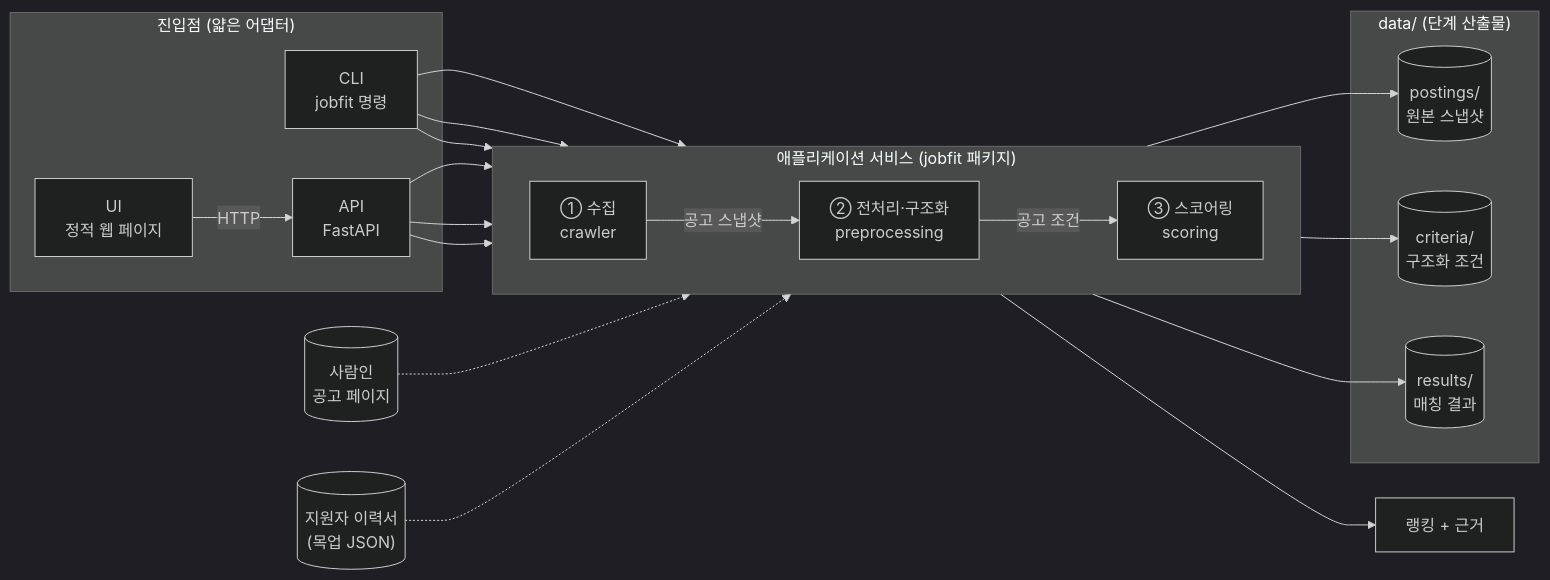
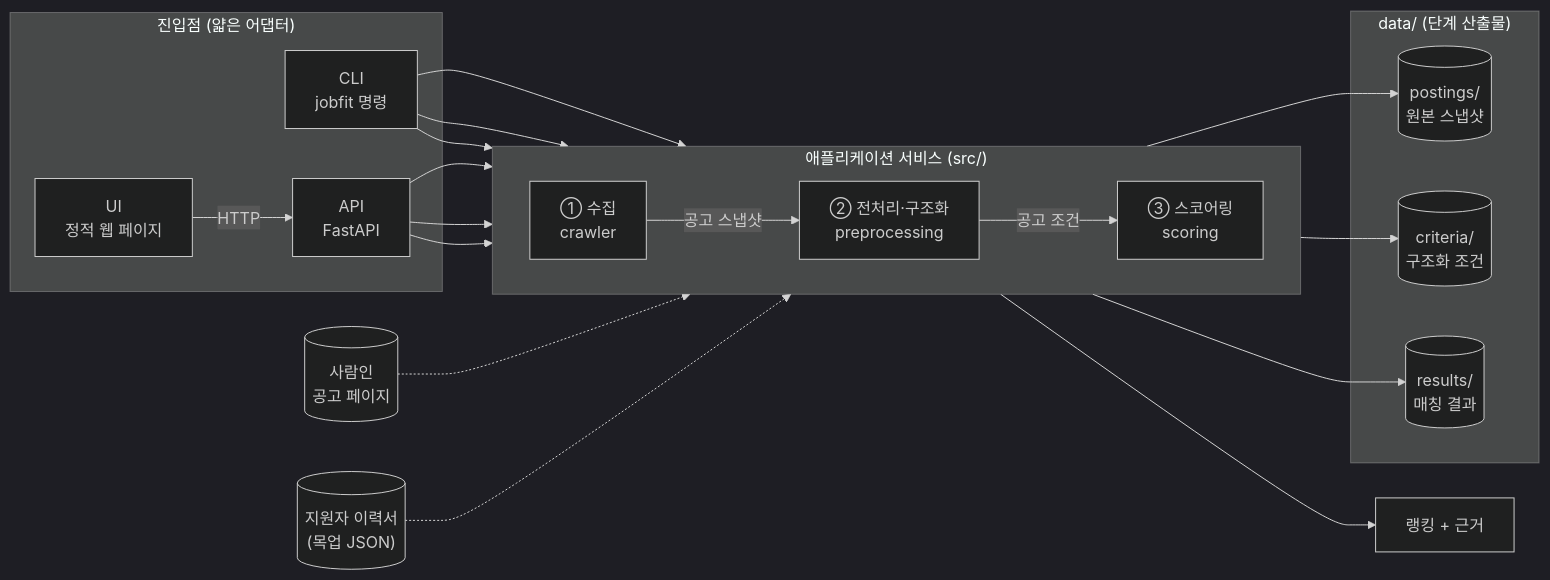
The first of 2 diagrams in docs/architecture.md (dudco/jobfit), drawn with Mermaid (dark theme) before and after one commit. The commit also changed 19 other files, not shown here.

````diff
--- a/docs/architecture.md
+++ b/docs/architecture.md
@@ -5,34 +5,34 @@
 ```mermaid
 flowchart LR
     subgraph entry["진입점 (얇은 어댑터)"]
         CLI["CLI<br/>jobfit 명령"]
         API["API<br/>FastAPI"]
         UI["UI<br/>정적 웹 페이지"]
     end
 
-    subgraph core["애플리케이션 서비스 (jobfit 패키지)"]
+    subgraph core["애플리케이션 서비스 (src/)"]
         direction LR
         C["① 수집<br/>crawler"]
         P["② 전처리·구조화<br/>preprocessing"]
         S["③ 스코어링<br/>scoring"]
         C -- "공고 스냅샷" --> P
         P -- "공고 조건" --> S
     end
 
     UI -- HTTP --> API
     CLI --> C & P & S
     API --> C & P & S
 
     SR[("사람인<br/>공고 페이지")] -.-> C
     CAND[("지원자 이력서<br/>(목업 JSON)")] -.-> S
     S --> OUT["랭킹 + 근거"]
 
     subgraph store["data/ (단계 산출물)"]
         D1[("postings/<br/>원본 스냅샷")]
         D2[("criteria/<br/>구조화 조건")]
         D3[("results/<br/>매칭 결과")]
     end
     C --> D1
     P --> D2
     S --> D3
 ```
````
